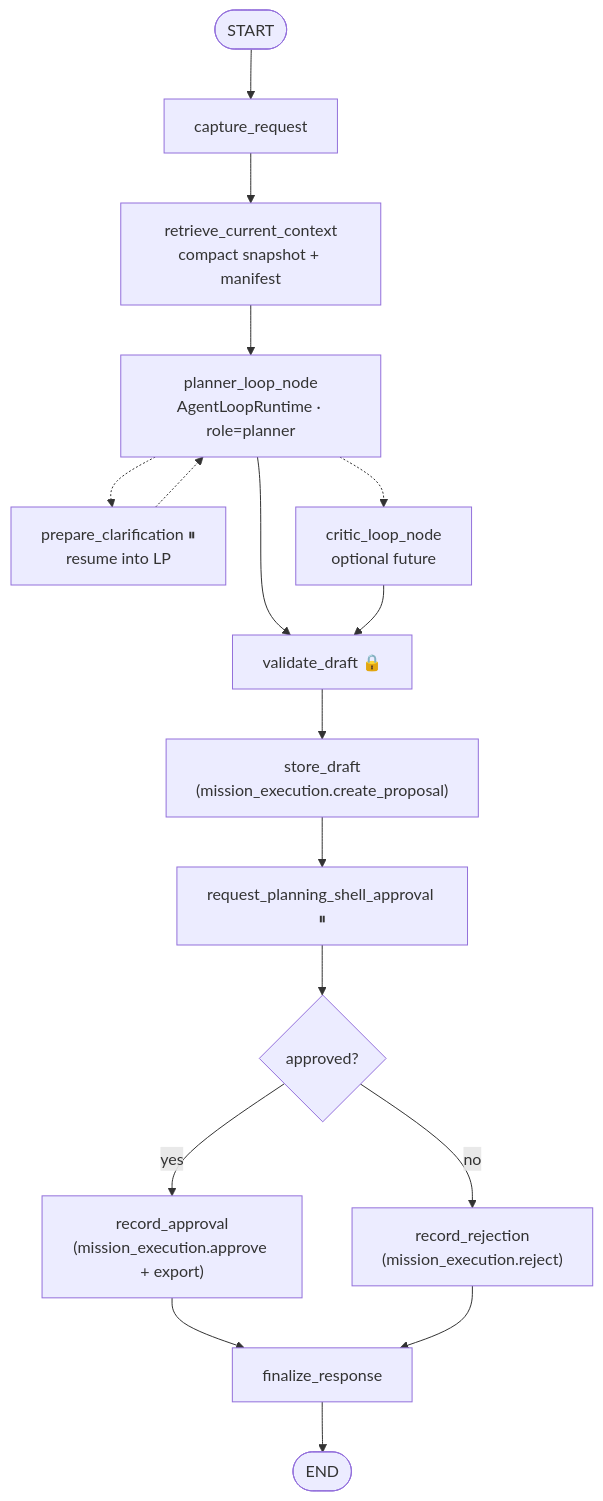
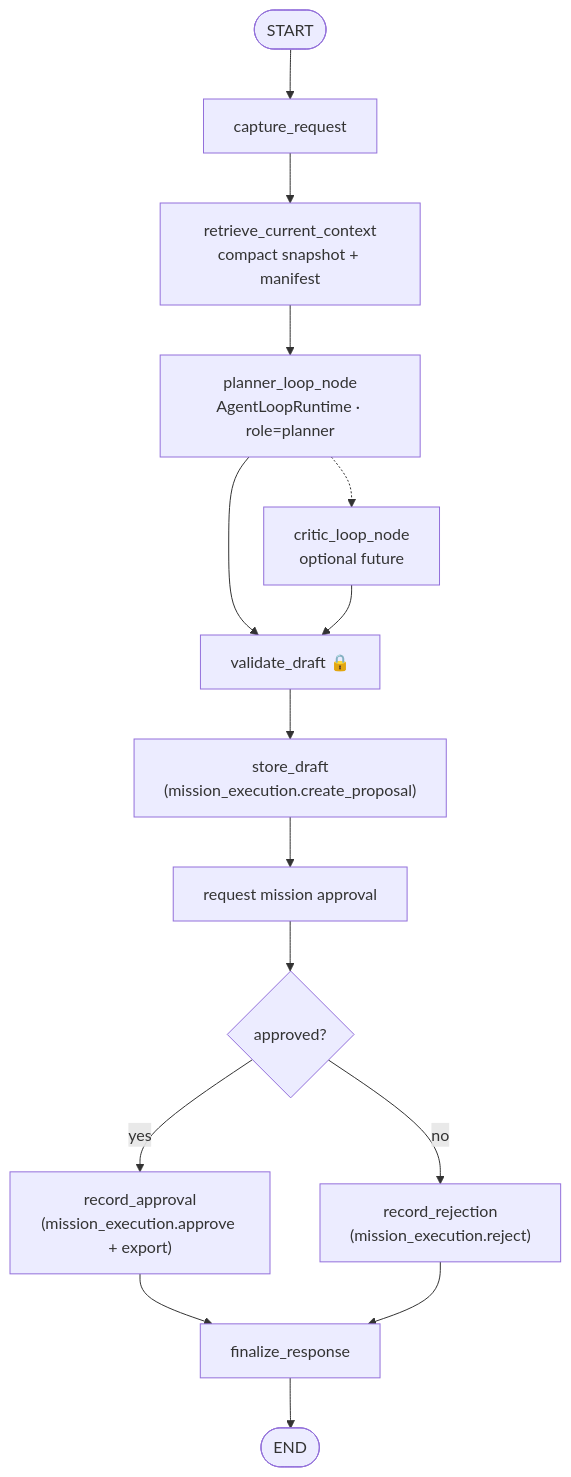
One commit to vardan6/uxv-agent changed the second of 8 diagrams in docs/components/ai-agent/design/graph-spec.md. Above: the diagram before and after it, drawn with Mermaid. The commit also changed other lines of this file and 42 other files, not shown here.

````diff
--- a/docs/components/ai-agent/design/graph-spec.md
+++ b/docs/components/ai-agent/design/graph-spec.md
@@ -101,17 +102,15 @@
 ```mermaid
 flowchart TB
     S([START]) --> CAP[capture_request]
     CAP --> INIT[retrieve_current_context<br/>compact snapshot + manifest]
     INIT --> LP[planner_loop_node<br/>AgentLoopRuntime · role=planner]
-    LP -.-> PCL[prepare_clarification ⏸<br/>resume into LP]
-    PCL -.-> LP
     LP -.-> CR[critic_loop_node<br/>optional future]
     LP --> VD[validate_draft 🔒]
     CR --> VD
     VD --> ST["store_draft<br/>(mission_execution.create_proposal)"]
-    ST --> AP[request_planning_shell_approval ⏸]
+    ST --> AP[request mission approval]
     AP --> D{approved?}
     D -- yes --> RA["record_approval<br/>(mission_execution.approve + export)"] --> FN[finalize_response]
     D -- no --> RJ["record_rejection<br/>(mission_execution.reject)"] --> FN
     FN --> E([END])
 ```
````
